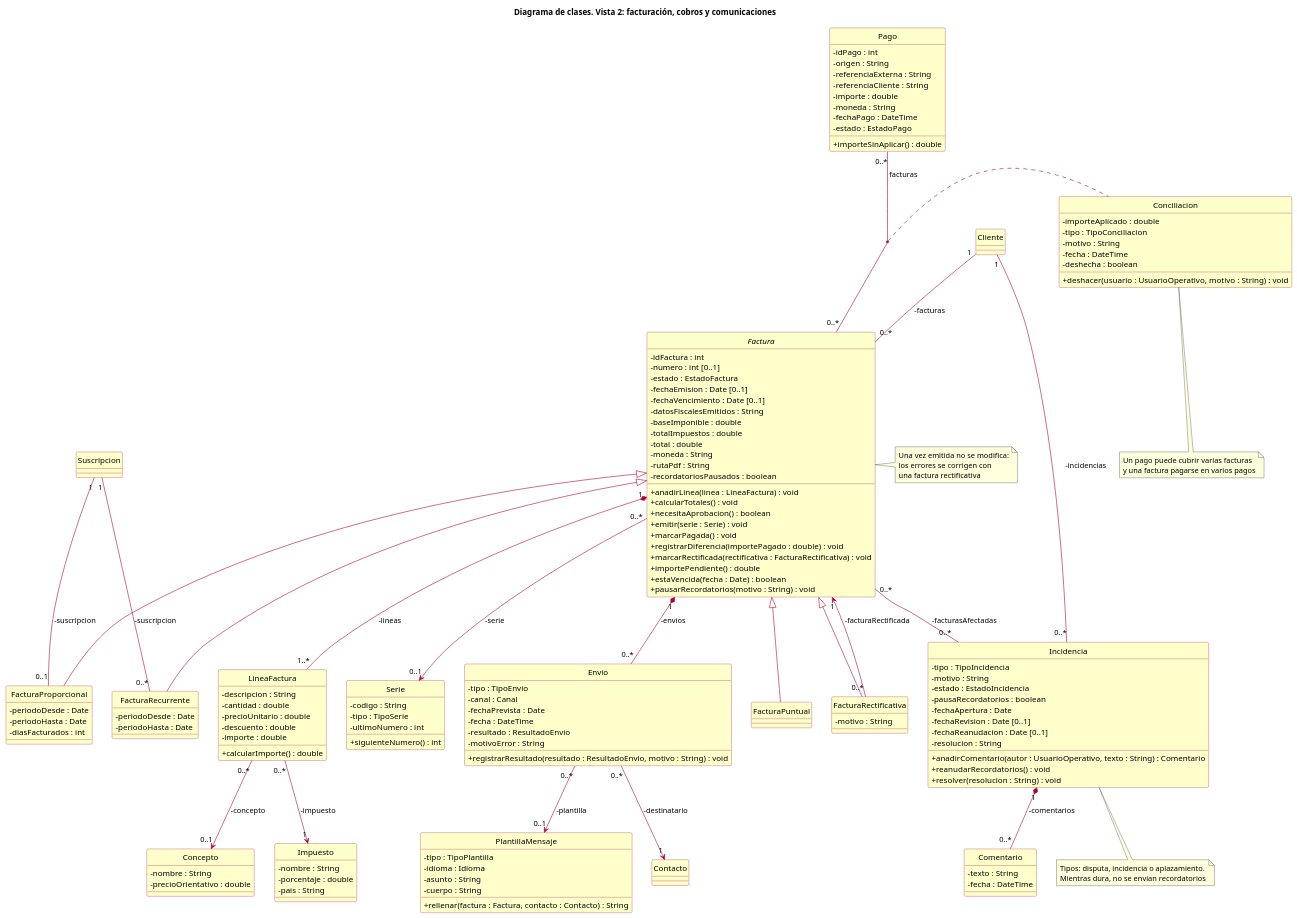
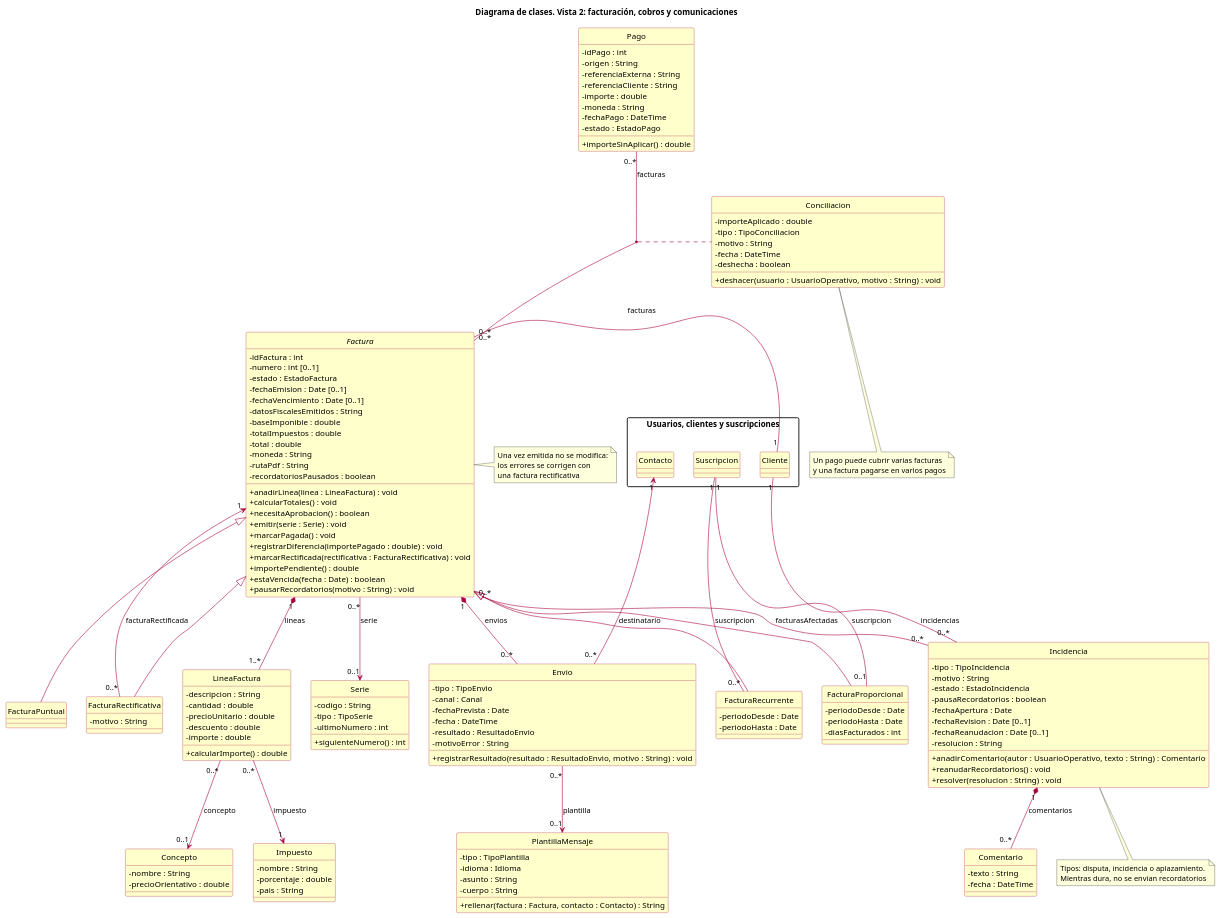
The second of 3 diagrams in entrega2/diagramas/diagrama_clases.puml (FrankiPato/ADA-sapitos), drawn with PlantUML before and after one commit. The commit also changed other lines of this file, not shown here.

```diff
--- a/entrega2/diagramas/diagrama_clases.puml
+++ b/entrega2/diagramas/diagrama_clases.puml
@@ -286,180 +204,182 @@
 @startuml CL_2_facturacion_cobros
 title Diagrama de clases. Vista 2: facturación, cobros y comunicaciones
 skinparam shadowing false
 skinparam classAttributeIconSize 0
 skinparam class {
   BackgroundColor #FFFFCC
   BorderColor #A80036
   ArrowColor #A80036
 }
+skinparam packageStyle rectangle
 hide circle
 
 abstract class Factura {
   - idFactura : int
   - numero : int [0..1]
   - estado : EstadoFactura
   - fechaEmision : Date [0..1]
   - fechaVencimiento : Date [0..1]
   - datosFiscalesEmitidos : String
   - baseImponible : double
   - totalImpuestos : double
   - total : double
   - moneda : String
   - rutaPdf : String
   - recordatoriosPausados : boolean
   + anadirLinea(linea : LineaFactura) : void
   + calcularTotales() : void
   + necesitaAprobacion() : boolean
   + emitir(serie : Serie) : void
   + marcarPagada() : void
   + registrarDiferencia(importePagado : double) : void
   + marcarRectificada(rectificativa : FacturaRectificativa) : void
   + importePendiente() : double
   + estaVencida(fecha : Date) : boolean
   + pausarRecordatorios(motivo : String) : void
 }
 
 class FacturaPuntual
 class FacturaRecurrente {
   - periodoDesde : Date
   - periodoHasta : Date
 }
 class FacturaProporcional {
   - periodoDesde : Date
   - periodoHasta : Date
   - diasFacturados : int
 }
 class FacturaRectificativa {
   - motivo : String
 }
 
 class LineaFactura {
   - descripcion : String
   - cantidad : double
   - precioUnitario : double
   - descuento : double
   - importe : double
   + calcularImporte() : double
 }
 
 class Serie {
   - codigo : String
   - tipo : TipoSerie
   - ultimoNumero : int
   + siguienteNumero() : int
 }
 
 class Concepto {
   - nombre : String
   - precioOrientativo : double
 }
 
 class Impuesto {
   - nombre : String
   - porcentaje : double
   - pais : String
 }
 
 class Pago {
   - idPago : int
   - origen : String
   - referenciaExterna : String
   - referenciaCliente : String
   - importe : double
   - moneda : String
   - fechaPago : DateTime
   - estado : EstadoPago
   + importeSinAplicar() : double
 }
 
 class Conciliacion {
   - importeAplicado : double
   - tipo : TipoConciliacion
   - motivo : String
   - fecha : DateTime
   - deshecha : boolean
   + deshacer(usuario : UsuarioOperativo, motivo : String) : void
 }
 
 class Envio {
   - tipo : TipoEnvio
   - canal : Canal
   - fechaPrevista : Date
   - fecha : DateTime
   - resultado : ResultadoEnvio
   - motivoError : String
   + registrarResultado(resultado : ResultadoEnvio, motivo : String) : void
 }
 
 class PlantillaMensaje {
   - tipo : TipoPlantilla
   - idioma : Idioma
   - asunto : String
   - cuerpo : String
   + rellenar(factura : Factura, contacto : Contacto) : String
 }
 
 class Incidencia {
   - tipo : TipoIncidencia
   - motivo : String
   - estado : EstadoIncidencia
   - pausaRecordatorios : boolean
   - fechaApertura : Date
   - fechaRevision : Date [0..1]
   - fechaReanudacion : Date [0..1]
   - resolucion : String
   + anadirComentario(autor : UsuarioOperativo, texto : String) : Comentario
   + reanudarRecordatorios() : void
   + resolver(resolucion : String) : void
 }
 
 class Comentario {
   - texto : String
   - fecha : DateTime
 }
-
-class Cliente
-class Suscripcion
-class Contacto
+package "Usuarios, clientes y suscripciones" {
+  class Cliente
+  class Suscripcion
+  class Contacto
+}
 
 Factura <|-- FacturaPuntual
 Factura <|-- FacturaRecurrente
 Factura <|-- FacturaProporcional
 Factura <|-- FacturaRectificativa
 
-Cliente "1" -- "0..*" Factura : -facturas
-Suscripcion "1" -- "0..*" FacturaRecurrente : -suscripcion
-Suscripcion "1" -- "0..1" FacturaProporcional : -suscripcion
-FacturaRectificativa "0..*" --> "1" Factura : -facturaRectificada
-Factura "1" *-- "1..*" LineaFactura : -lineas
-Factura "0..*" --> "0..1" Serie : -serie
-LineaFactura "0..*" --> "0..1" Concepto : -concepto
-LineaFactura "0..*" --> "1" Impuesto : -impuesto
+Cliente "1" -- "0..*" Factura : facturas
+Suscripcion "1" -- "0..*" FacturaRecurrente : suscripcion
+Suscripcion "1" -- "0..1" FacturaProporcional : suscripcion
+FacturaRectificativa "0..*" --> "1" Factura : facturaRectificada
+Factura "1" *-- "1..*" LineaFactura : lineas
+Factura "0..*" --> "0..1" Serie : serie
+LineaFactura "0..*" --> "0..1" Concepto : concepto
+LineaFactura "0..*" --> "1" Impuesto : impuesto
 
-Pago "0..*" -- "0..*" Factura : -facturas
+Pago "0..*" -- "0..*" Factura : facturas
 (Pago, Factura) .. Conciliacion
 
-Factura "1" *-- "0..*" Envio : -envios
-Envio "0..*" --> "1" Contacto : -destinatario
-Envio "0..*" --> "0..1" PlantillaMensaje : -plantilla
+Factura "1" *-- "0..*" Envio : envios
+Envio "0..*" --> "1" Contacto : destinatario
+Envio "0..*" --> "0..1" PlantillaMensaje : plantilla
 
-Cliente "1" -- "0..*" Incidencia : -incidencias
-Factura "0..*" -- "0..*" Incidencia : -facturasAfectadas
-Incidencia "1" *-- "0..*" Comentario : -comentarios
+Cliente "1" -- "0..*" Incidencia : incidencias
+Factura "0..*" -- "0..*" Incidencia : facturasAfectadas
+Incidencia "1" *-- "0..*" Comentario : comentarios
 
 note right of Factura
   Una vez emitida no se modifica:
   los errores se corrigen con
   una factura rectificativa
 end note
 
 note bottom of Conciliacion
   Un pago puede cubrir varias facturas
   y una factura pagarse en varios pagos
 end note
 
 note bottom of Incidencia
   Tipos: disputa, incidencia o aplazamiento.
   Mientras dura, no se envían recordatorios
 end note
 @enduml
```
